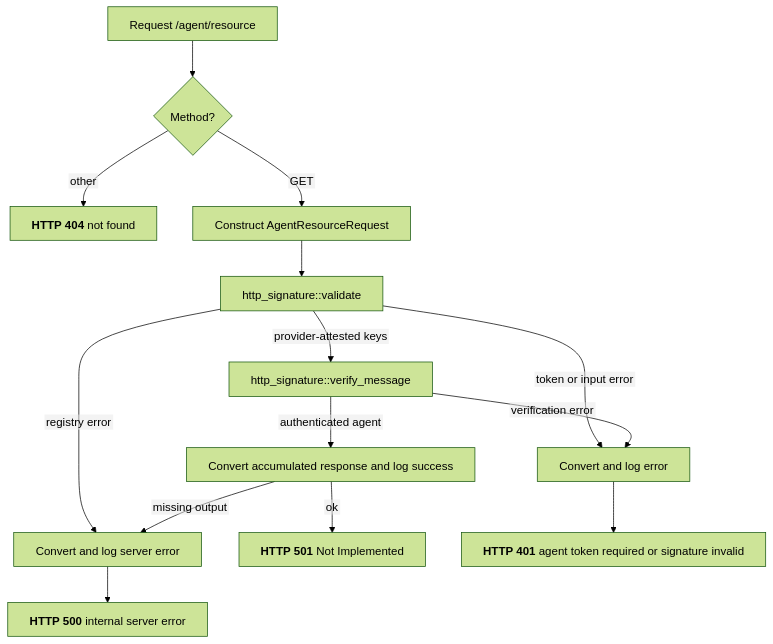
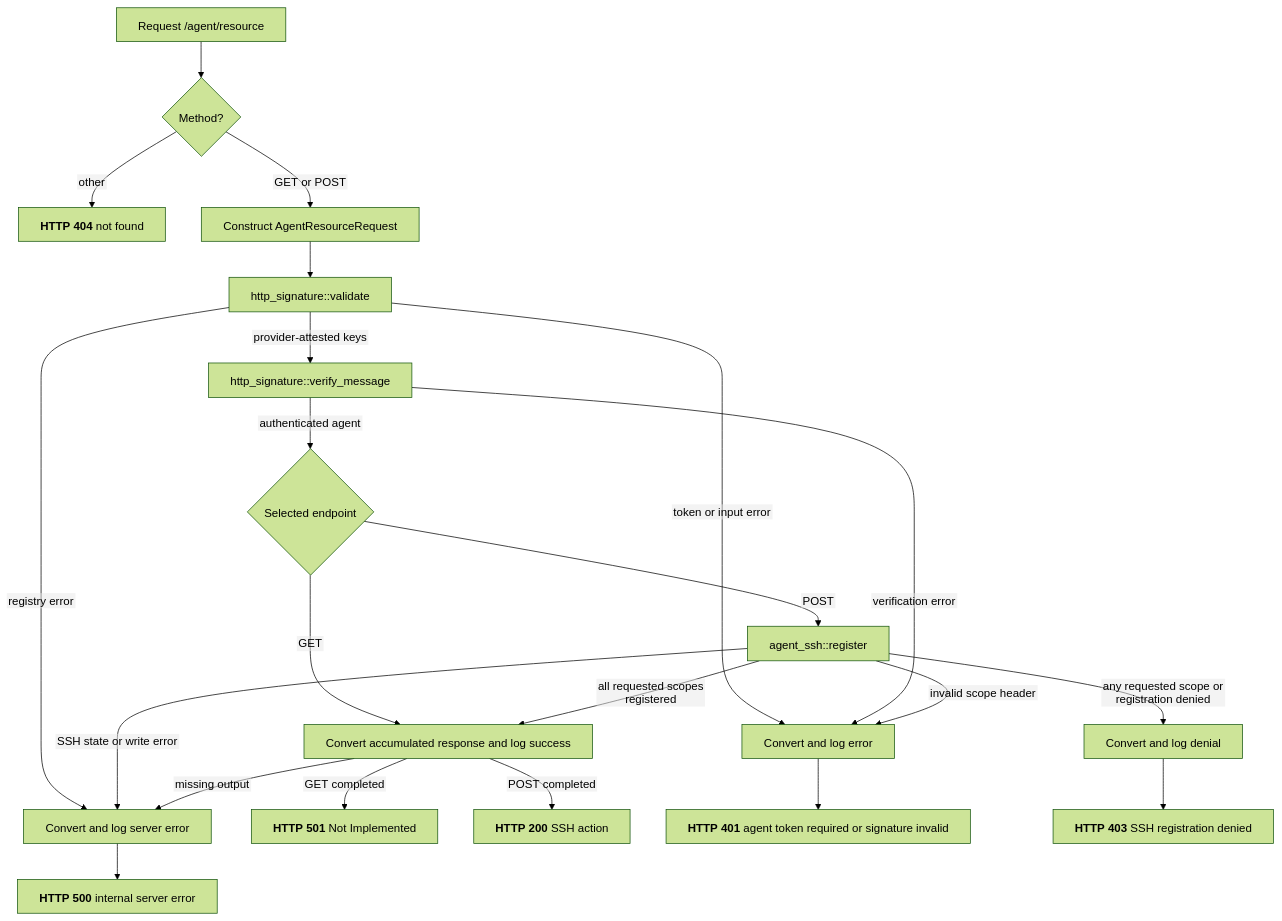
The diagram in docs/flows/aauth/agent_resource_endpoint.mmd (malach-it/kagome), drawn with Mermaid (forest theme) before and after one commit. The commit also changed 35 other files, not shown here.

```diff
--- a/docs/flows/aauth/agent_resource_endpoint.mmd
+++ b/docs/flows/aauth/agent_resource_endpoint.mmd
@@ -1,15 +1,23 @@
 %%{init: {"htmlLabels": false, "flowchart": {"htmlLabels": false, "wrappingWidth": 500}}}%%
 flowchart TD
     start[Request /agent/resource] --> method{Method?}
     method -- other --> not_found["`**HTTP 404** not found`"]
-    method -- GET --> request[Construct AgentResourceRequest]
+    method -- GET or POST --> request[Construct AgentResourceRequest]
     request --> key["http_signature::validate"]
     key -- token or input error --> error[Convert and log error]
     key -- registry error --> server_error[Convert and log server error]
     key -- provider-attested keys --> signature["http_signature::verify_message"]
     signature -- verification error --> error
-    signature -- authenticated agent --> response[Convert accumulated response and log success]
+    signature -- authenticated agent --> flow{Selected endpoint}
+    flow -- GET --> response[Convert accumulated response and log success]
+    flow -- POST --> register["agent_ssh::register"]
+    register -- invalid scope header --> error
+    register -- any requested scope or registration denied --> denied[Convert and log denial]
+    register -- SSH state or write error --> server_error
+    register -- all requested scopes registered --> response
     response -- missing output --> server_error
-    response -- ok --> success["`**HTTP 501** Not Implemented`"]
+    response -- GET completed --> success["`**HTTP 501** Not Implemented`"]
+    response -- POST completed --> action["`**HTTP 200** SSH action`"]
     error --> unauthorized["`**HTTP 401** agent token required or signature invalid`"]
+    denied --> forbidden["`**HTTP 403** SSH registration denied`"]
     server_error --> failure["`**HTTP 500** internal server error`"]
```
